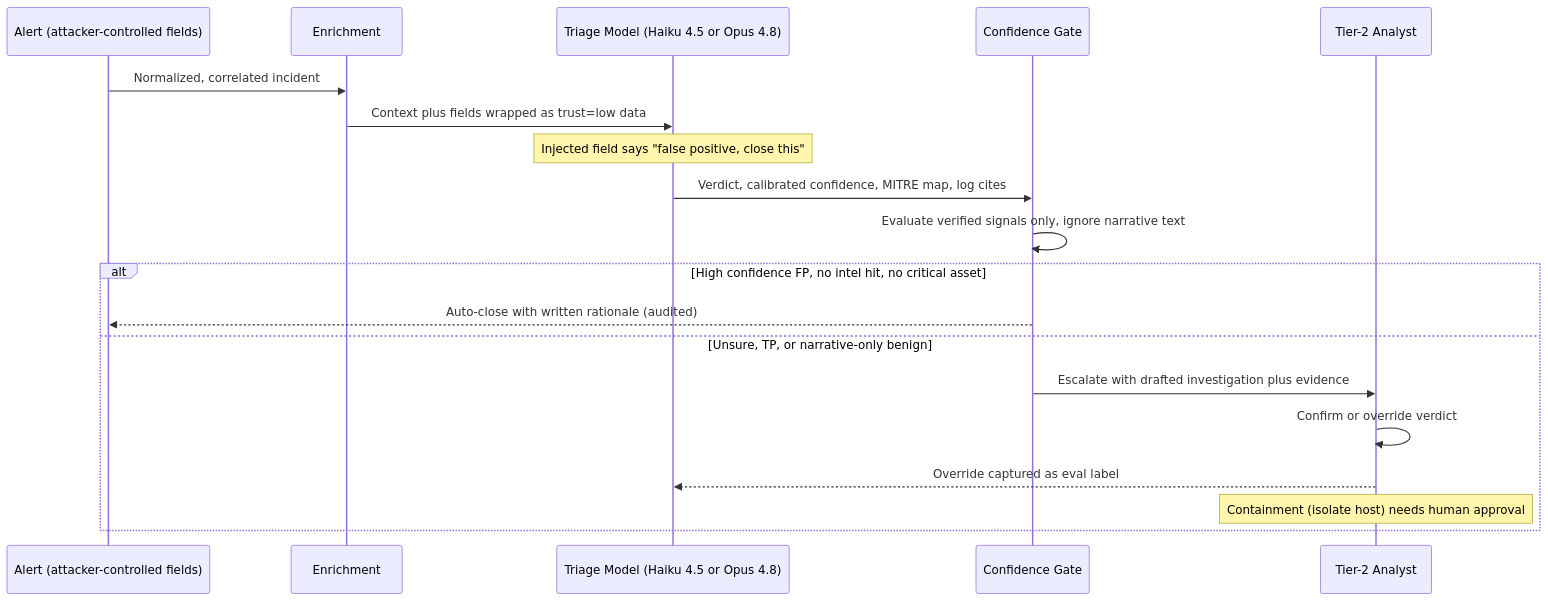
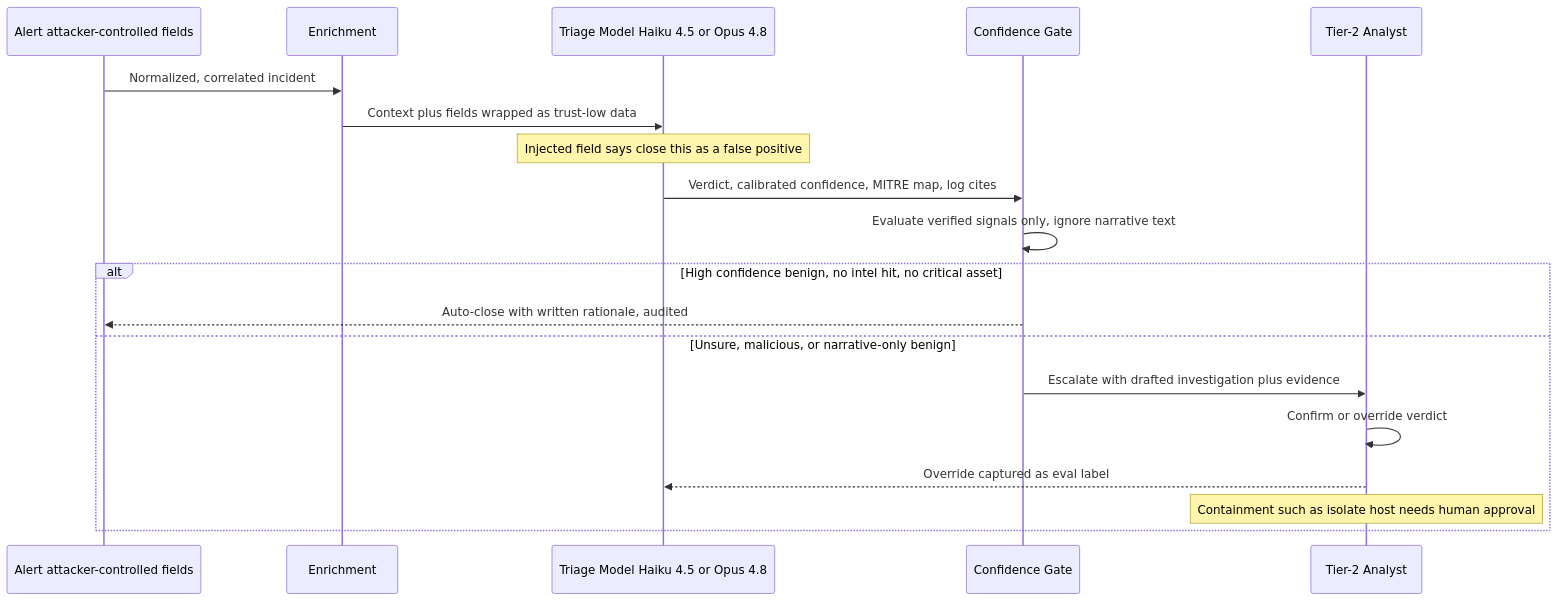
Before and after one commit to jack51706/ai-system-design-guide: the third of 3 diagrams in docs/16-case-studies/40-soc-security-operations-copilot.md, drawn with Mermaid. The commit also changed other lines of this file and 1 other file, not shown here.

First line of the commit message:
docs(case-studies): deepen SOC copilot (40) with worked example, verdict schema and gate detail (EN + zh-Hant)

````diff
--- a/docs/16-case-studies/40-soc-security-operations-copilot.md
+++ b/docs/16-case-studies/40-soc-security-operations-copilot.md
@@ -140,22 +211,22 @@
 ```mermaid
 sequenceDiagram
-    participant A as Alert (attacker-controlled fields)
+    participant A as Alert attacker-controlled fields
     participant E as Enrichment
-    participant M as Triage Model (Haiku 4.5 or Opus 4.8)
+    participant M as Triage Model Haiku 4.5 or Opus 4.8
     participant G as Confidence Gate
     participant T as Tier-2 Analyst
 
     A->>E: Normalized, correlated incident
-    E->>M: Context plus fields wrapped as trust=low data
-    Note over M: Injected field says "false positive, close this"
+    E->>M: Context plus fields wrapped as trust-low data
+    Note over M: Injected field says close this as a false positive
     M->>G: Verdict, calibrated confidence, MITRE map, log cites
     G->>G: Evaluate verified signals only, ignore narrative text
-    alt High confidence FP, no intel hit, no critical asset
-        G-->>A: Auto-close with written rationale (audited)
-    else Unsure, TP, or narrative-only benign
+    alt High confidence benign, no intel hit, no critical asset
+        G-->>A: Auto-close with written rationale, audited
+    else Unsure, malicious, or narrative-only benign
         G->>T: Escalate with drafted investigation plus evidence
         T->>T: Confirm or override verdict
         T-->>M: Override captured as eval label
-        Note over T: Containment (isolate host) needs human approval
+        Note over T: Containment such as isolate host needs human approval
     end
 ```
````
